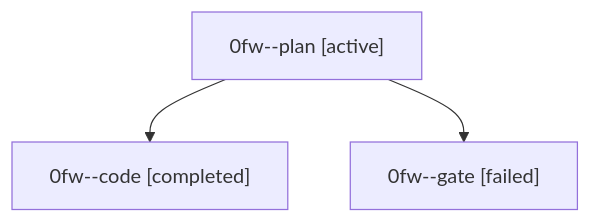
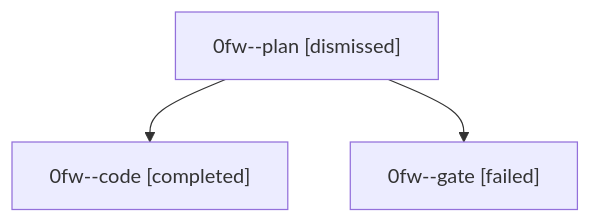
Before and after one commit to bobs-org/bob-cli--agents: the diagram in sessions/bbugyi200.athena.0fw.md, drawn with Mermaid. The commit also changed other lines of this file and 24 other files, not shown here.

````diff
--- a/sessions/bbugyi200.athena.0fw.md
+++ b/sessions/bbugyi200.athena.0fw.md
@@ -9,8 +9,8 @@
 ```mermaid
 flowchart TD
-  n0["0fw--plan [active]"]
+  n0["0fw--plan [dismissed]"]
   n1["0fw--code [completed]"]
   n0 --> n1
   n2["0fw--gate [failed]"]
   n0 --> n2
 ```
````
